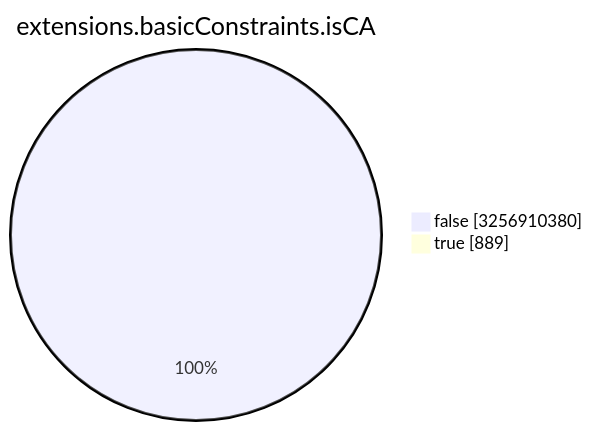
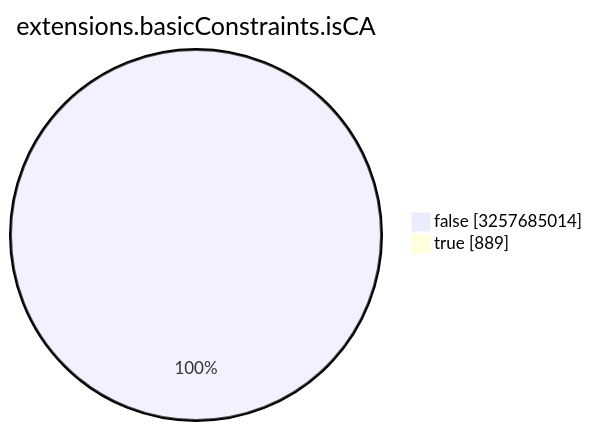
Before and after one commit to christiankrug/ctmonitor_visualization: the seventh of 15 diagrams in TOTAL/README.md, drawn with Mermaid. The commit also changed other lines of this file, not shown here.

````diff
--- a/TOTAL/README.md
+++ b/TOTAL/README.md
@@ -3088,6 +3088,6 @@
 ```mermaid
 pie showData
 title extensions.basicConstraints.isCA
-"false" :3256910380
+"false" :3257685014
 "true" :889
 ```
````
